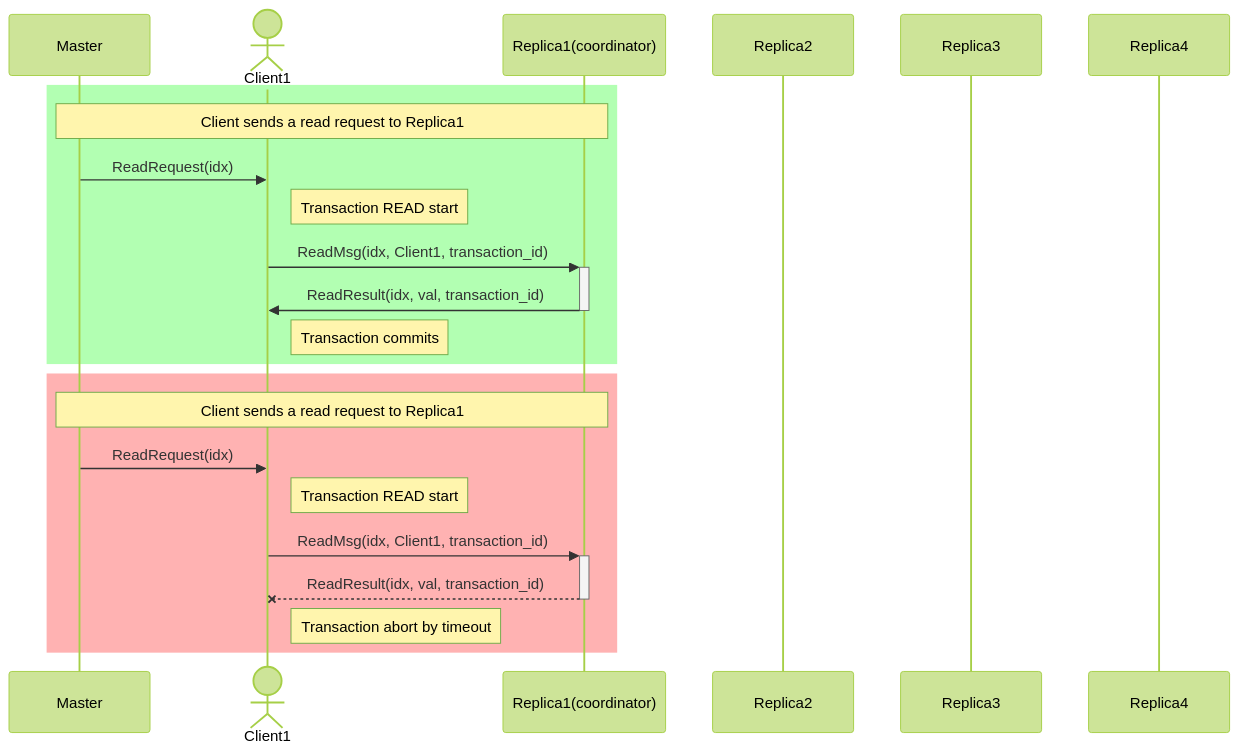
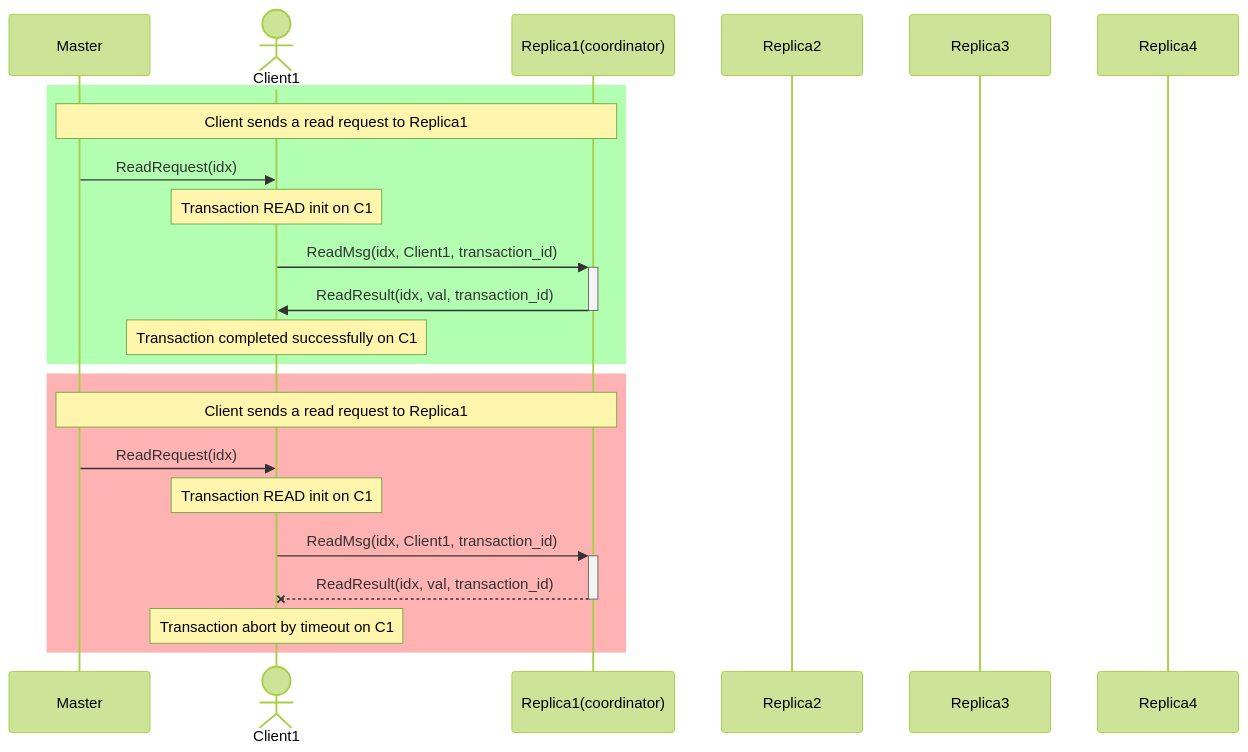
Before and after one commit to alanmasu/CoreDump_DS_Project: the diagram in charts/transaction_Read.mmd, drawn with Mermaid. The commit also changed 4 other files, not shown here.

First line of the commit message:
docs: Added Marmeid charts for different kind of transactions

```diff
--- a/charts/transaction_Read.mmd
+++ b/charts/transaction_Read.mmd
@@ -1,33 +1,33 @@
 ---
 config:
   theme: forest
 ---
 sequenceDiagram
     participant M as Master
 
     actor C1 as Client1
     %% actor C2 as Client2
     participant R1 as Replica1(coordinator)
     participant R2 as Replica2
     participant R3 as Replica3
     participant R4 as Replica4
 
     rect rgba(0, 255, 0, 0.3)
         note over M, R1: Client sends a read request to Replica1
         M ->> C1: ReadRequest(idx)
-        note right of C1: Transaction READ start
+        note over C1: Transaction READ init on C1
         %% then the client starts the timeout for the transaction
         C1 ->>+ R1: ReadMsg(idx, Client1, transaction_id)
         R1 ->>- C1: ReadResult(idx, val, transaction_id)
-        note right of C1: Transaction commits 
+        note over C1: Transaction completed successfully on C1
     end
 
     rect rgba(255, 0, 0, 0.3)
         note over M, R1: Client sends a read request to Replica1
         M ->> C1: ReadRequest(idx)
-        note right of C1: Transaction READ start
+        note over C1: Transaction READ init on C1
         %% then the client starts the timeout for the transaction
         C1 ->>+ R1: ReadMsg(idx, Client1, transaction_id)
         R1 --x- C1: ReadResult(idx, val, transaction_id)
-        note right of C1: Transaction abort by timeout
+        note over C1: Transaction abort by timeout on C1
     end
```
